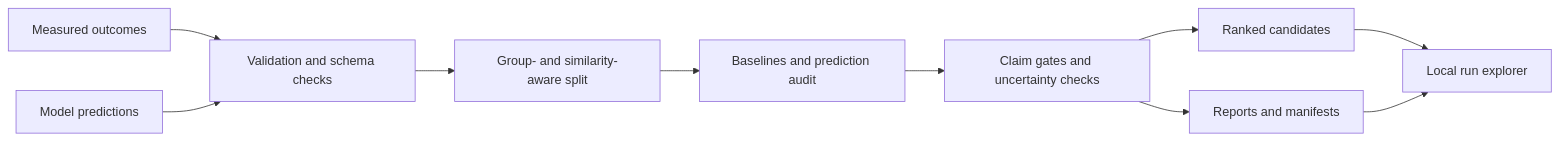
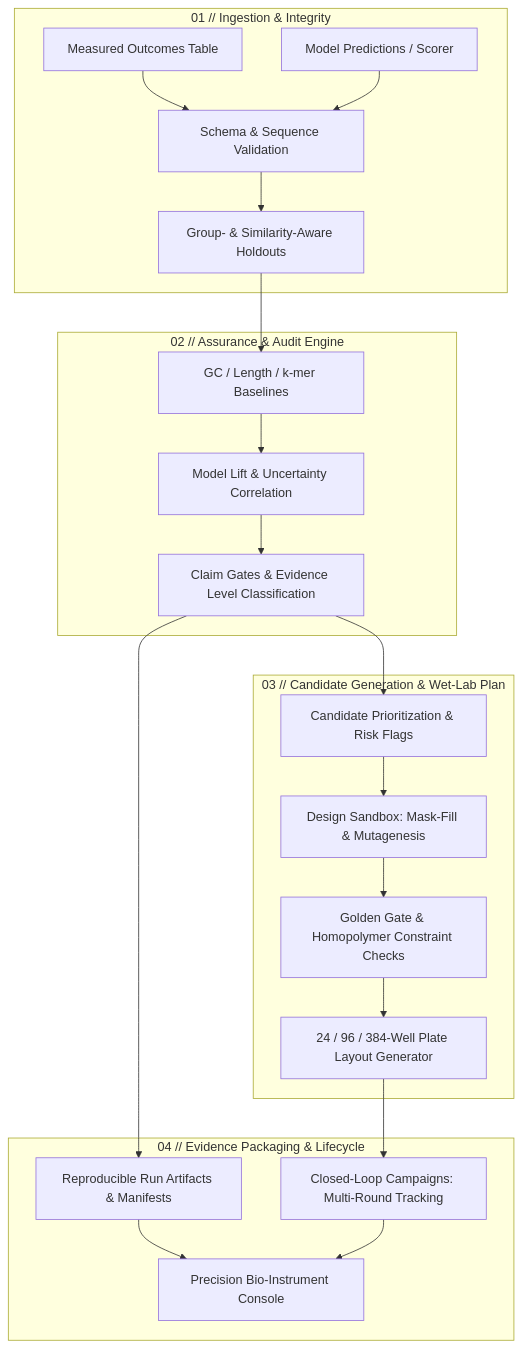
Before and after one commit to OmZeit/model-assessment: the diagram in README.md, drawn with Mermaid. The commit also changed other lines of this file and 73 other files, not shown here.

First line of the commit message:
feat(v2): release AssayReady 2.0 Precision Bio-Instrument Workstation

````diff
--- a/README.md
+++ b/README.md
@@ -33,12 +40,28 @@
 ```mermaid
-flowchart LR
-    A[Measured outcomes] --> C[Validation and schema checks]
-    B[Model predictions] --> C
-    C --> D[Group- and similarity-aware split]
-    D --> E[Baselines and prediction audit]
-    E --> F[Claim gates and uncertainty checks]
-    F --> G[Ranked candidates]
-    F --> H[Reports and manifests]
-    G --> I[Local run explorer]
-    H --> I
+flowchart TD
+    subgraph INGESTION ["01 // Ingestion & Integrity"]
+        A[Measured Outcomes Table] --> C[Schema & Sequence Validation]
+        B[Model Predictions / Scorer] --> C
+        C --> D[Group- & Similarity-Aware Holdouts]
+    end
+
+    subgraph ASSURANCE ["02 // Assurance & Audit Engine"]
+        D --> E[GC / Length / k-mer Baselines]
+        E --> F[Model Lift & Uncertainty Correlation]
+        F --> G[Claim Gates & Evidence Level Classification]
+    end
+
+    subgraph EXPLORATION ["03 // Candidate Generation & Wet-Lab Plan"]
+        G --> H[Candidate Prioritization & Risk Flags]
+        H --> I[Design Sandbox: Mask-Fill & Mutagenesis]
+        I --> J[Golden Gate & Homopolymer Constraint Checks]
+        J --> K[24 / 96 / 384-Well Plate Layout Generator]
+    end
+
+    subgraph LIFECYCLE ["04 // Evidence Packaging & Lifecycle"]
+        G --> L[Reproducible Run Artifacts & Manifests]
+        K --> M[Closed-Loop Campaigns: Multi-Round Tracking]
+        L --> N[Precision Bio-Instrument Console]
+        M --> N
+    end
 ```
````
